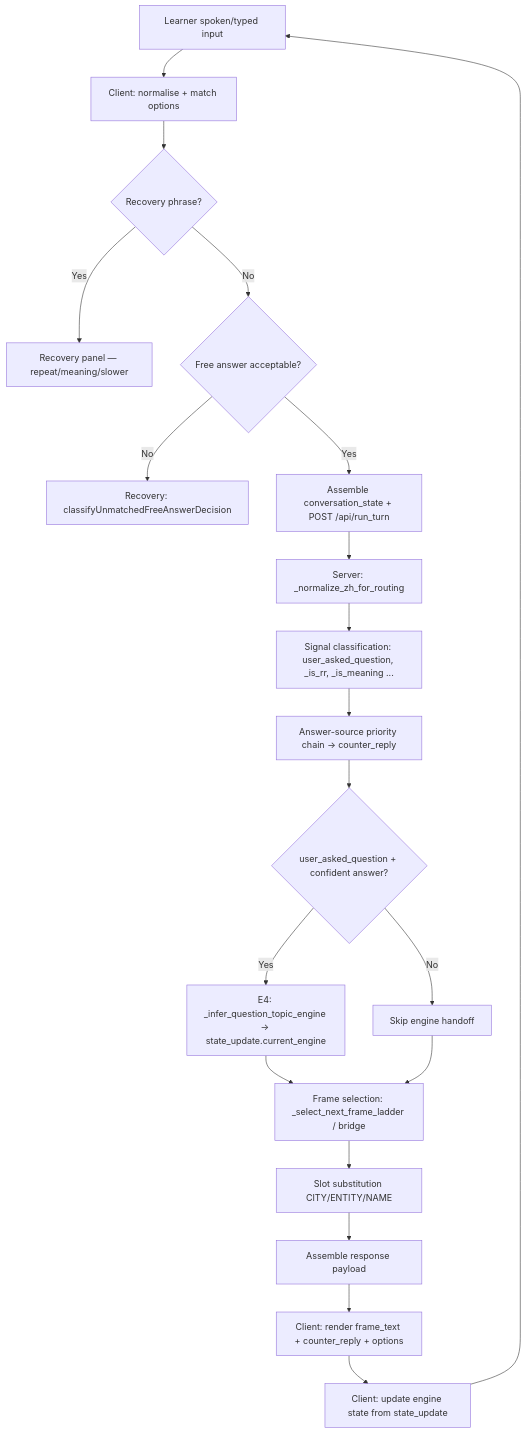
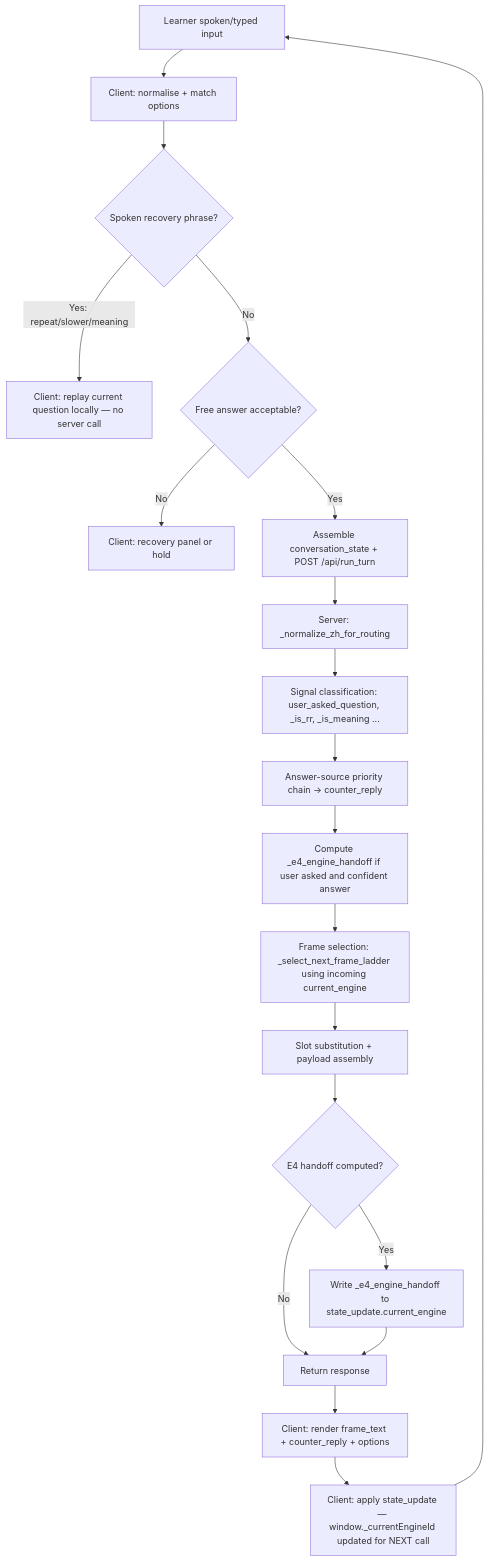
The diagram in docs/CONVERSATION_ARCHITECTURE.md (drryoung/MandarinOS-core), drawn with Mermaid before and after one commit. The commit also changed other lines of this file, not shown here.

First line of the commit message:
docs: correct conversation architecture contracts

````diff
--- a/docs/CONVERSATION_ARCHITECTURE.md
+++ b/docs/CONVERSATION_ARCHITECTURE.md
@@ -175,22 +182,22 @@
 ```mermaid
 flowchart TD
     A[Learner spoken/typed input] --> B[Client: normalise + match options]
-    B --> C{Recovery phrase?}
-    C -- Yes --> D[Recovery panel — repeat/meaning/slower]
+    B --> C{Spoken recovery phrase?}
+    C -- Yes: repeat/slower/meaning --> D[Client: replay current question locally — no server call]
     C -- No --> E{Free answer acceptable?}
-    E -- No --> F[Recovery: classifyUnmatchedFreeAnswerDecision]
+    E -- No --> F[Client: recovery panel or hold]
     E -- Yes --> G[Assemble conversation_state + POST /api/run_turn]
     G --> H[Server: _normalize_zh_for_routing]
     H --> I[Signal classification: user_asked_question, _is_rr, _is_meaning ...]
     I --> J[Answer-source priority chain → counter_reply]
-    J --> K{user_asked_question + confident answer?}
-    K -- Yes --> L[E4: _infer_question_topic_engine → state_update.current_engine]
-    K -- No --> M[Skip engine handoff]
-    L --> N[Frame selection: _select_next_frame_ladder / bridge]
-    M --> N
-    N --> O[Slot substitution CITY/ENTITY/NAME]
-    O --> P[Assemble response payload]
+    J --> K[Compute _e4_engine_handoff if user asked and confident answer]
+    K --> L[Frame selection: _select_next_frame_ladder using incoming current_engine]
+    L --> M[Slot substitution + payload assembly]
+    M --> N{E4 handoff computed?}
+    N -- Yes --> O[Write _e4_engine_handoff to state_update.current_engine]
+    N -- No --> P[Return response]
+    O --> P
     P --> Q[Client: render frame_text + counter_reply + options]
-    Q --> R[Client: update engine state from state_update]
+    Q --> R[Client: apply state_update — window._currentEngineId updated for NEXT call]
     R --> A
 ```
````
